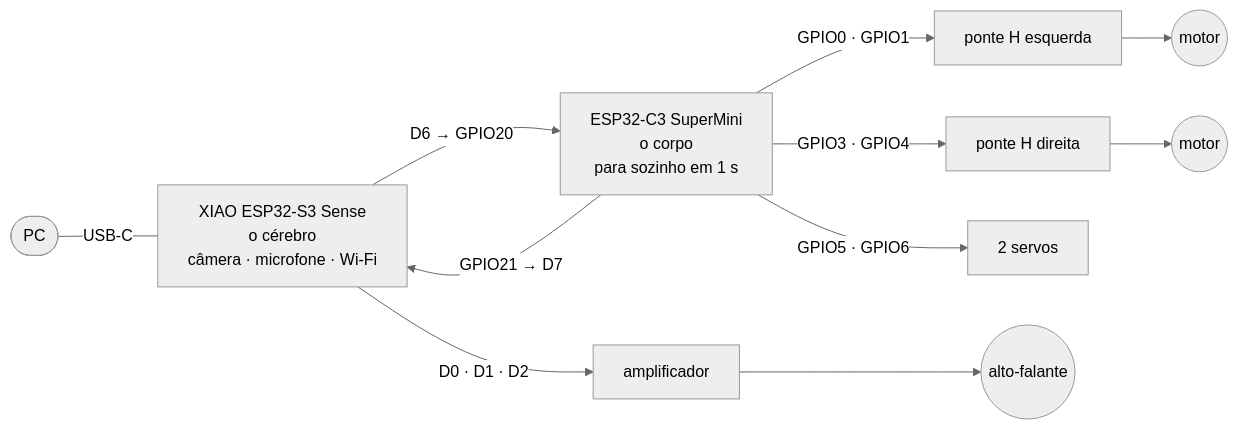
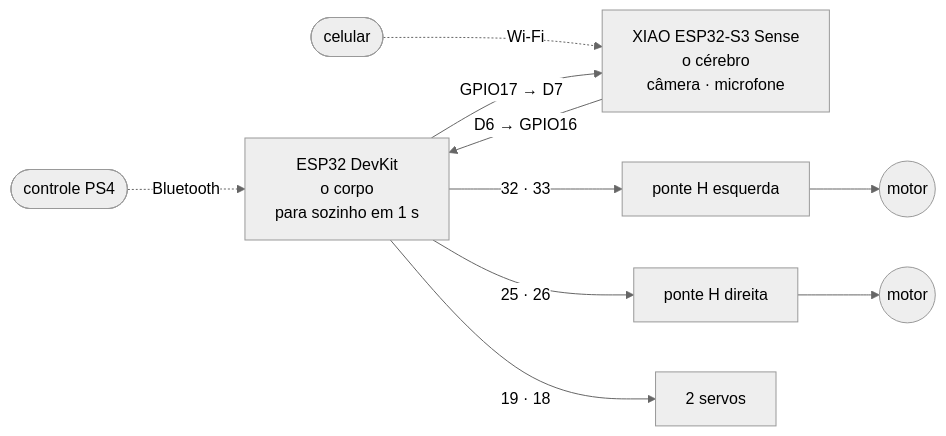
One commit to popliosemigod/FeijaoComFarinha changed the diagram in README.md. Above: the diagram before and after it, drawn with Mermaid (neutral theme). The commit also changed other lines of this file and 20 other files, not shown here.

First line of the commit message:
feat(firmware): DevKit como corpo, controle de PS4 e pagina para dirigir

````diff
--- a/README.md
+++ b/README.md
@@ -12,12 +16,12 @@
 ```mermaid
 flowchart LR
-  PC([PC]) -- "USB-C" --- X
-  X["XIAO ESP32-S3 Sense<br/>o cérebro<br/>câmera · microfone · Wi-Fi"]
-  C["ESP32-C3 SuperMini<br/>o corpo<br/>para sozinho em 1 s"]
-  X -- "D6 → GPIO20" --> C
-  C -- "GPIO21 → D7" --> X
-  C -- "GPIO0 · GPIO1" --> PE["ponte H esquerda"] --> ME(("motor"))
-  C -- "GPIO3 · GPIO4" --> PD["ponte H direita"] --> MD(("motor"))
-  C -- "GPIO5 · GPIO6" --> S["2 servos"]
-  X -- "D0 · D1 · D2" --> A["amplificador"] --> F(("alto-falante"))
+  P([controle PS4]) -. "Bluetooth" .-> C
+  T([celular]) -. "Wi-Fi" .-> X
+  X["XIAO ESP32-S3 Sense<br/>o cérebro<br/>câmera · microfone"]
+  C["ESP32 DevKit<br/>o corpo<br/>para sozinho em 1 s"]
+  X -- "D6 → GPIO16" --> C
+  C -- "GPIO17 → D7" --> X
+  C -- "32 · 33" --> PE["ponte H esquerda"] --> ME(("motor"))
+  C -- "25 · 26" --> PD["ponte H direita"] --> MD(("motor"))
+  C -- "19 · 18" --> S["2 servos"]
 ```
````
